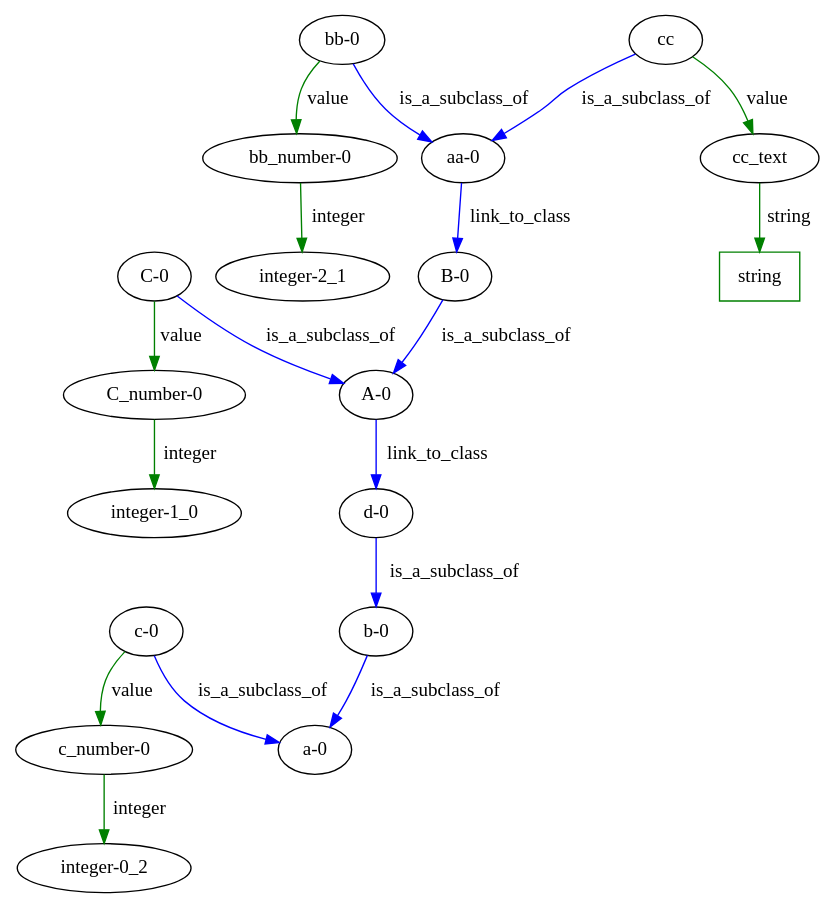
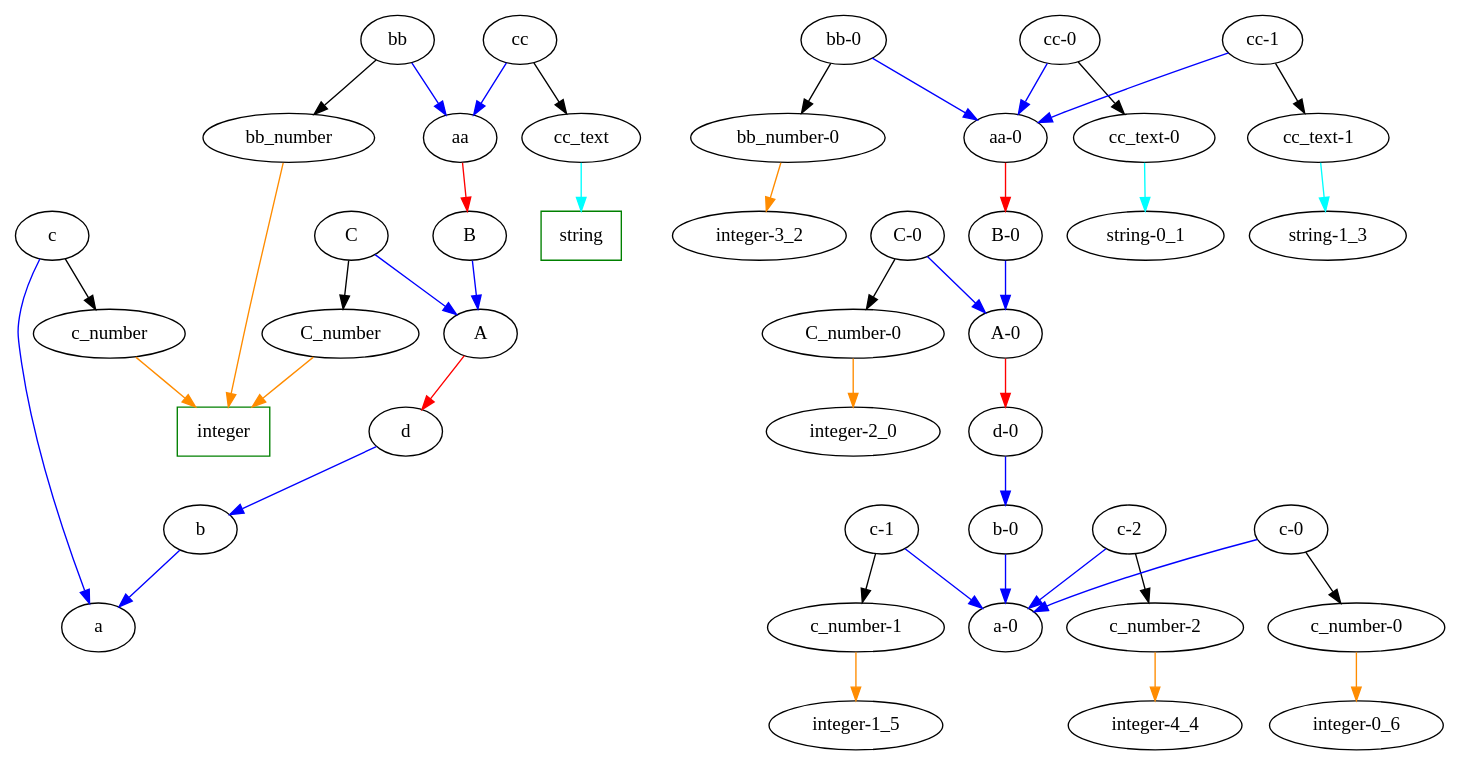
One commit to heinz-preisig/PeriConto changed the diagram in ontologyRepository/Digraph.gv. Above: the diagram before and after it, drawn with Graphviz. The commit also changed 3 other files, not shown here.

```diff
--- a/ontologyRepository/Digraph.gv
+++ b/ontologyRepository/Digraph.gv
@@ -1,53 +1,131 @@
 digraph {
+	d
+	b
+	d -> b [color=blue]
+	bb
+	aa
+	bb -> aa [color=blue]
+	"c-1"
+	"c_number-1"
+	"c-1" -> "c_number-1" [color=black]
+	c
+	c_number
+	c -> c_number [color=black]
+	string [color=green shape=rectangle]
+	string
+	cc_text -> string [color=cyan]
+	"c-2"
+	"c_number-2"
+	"c-2" -> "c_number-2" [color=black]
+	"c-1"
+	"a-0"
+	"c-1" -> "a-0" [color=blue]
+	"A-0"
+	"d-0"
+	"A-0" -> "d-0" [color=red]
+	"aa-0"
+	"B-0"
+	"aa-0" -> "B-0" [color=red]
+	"d-0"
+	"b-0"
+	"d-0" -> "b-0" [color=blue]
+	B
+	A
+	B -> A [color=blue]
+	"C-0"
+	"A-0"
+	"C-0" -> "A-0" [color=blue]
+	"bb-0"
+	"aa-0"
+	"bb-0" -> "aa-0" [color=blue]
+	"B-0"
+	"A-0"
+	"B-0" -> "A-0" [color=blue]
+	"C_number-0"
+	"integer-2_0"
+	"C_number-0" -> "integer-2_0" [color=darkorange]
+	"cc-0"
+	"aa-0"
+	"cc-0" -> "aa-0" [color=blue]
+	aa
+	B
+	aa -> B [color=red]
+	integer [color=green shape=rectangle]
+	integer
+	bb_number -> integer [color=darkorange]
+	"cc_text-0"
+	"string-0_1"
+	"cc_text-0" -> "string-0_1" [color=cyan]
+	"cc-1"
+	"aa-0"
+	"cc-1" -> "aa-0" [color=blue]
+	"bb_number-0"
+	"integer-3_2"
+	"bb_number-0" -> "integer-3_2" [color=darkorange]
+	bb
+	bb_number
+	bb -> bb_number [color=black]
+	"c-0"
+	"c_number-0"
+	"c-0" -> "c_number-0" [color=black]
+	cc
+	cc_text
+	cc -> cc_text [color=black]
+	"bb-0"
+	"bb_number-0"
+	"bb-0" -> "bb_number-0" [color=black]
+	"c-2"
+	"a-0"
+	"c-2" -> "a-0" [color=blue]
+	"cc-0"
+	"cc_text-0"
+	"cc-0" -> "cc_text-0" [color=black]
+	C
+	C_number
+	C -> C_number [color=black]
+	integer [color=green shape=rectangle]
+	integer
+	C_number -> integer [color=darkorange]
+	A
+	d
+	A -> d [color=red]
+	C
+	A
+	C -> A [color=blue]
+	"cc_text-1"
+	"string-1_3"
+	"cc_text-1" -> "string-1_3" [color=cyan]
+	"cc-1"
+	"cc_text-1"
+	"cc-1" -> "cc_text-1" [color=black]
+	"c_number-2"
+	"integer-4_4"
+	"c_number-2" -> "integer-4_4" [color=darkorange]
+	b
+	a
+	b -> a [color=blue]
+	"c_number-1"
+	"integer-1_5"
+	"c_number-1" -> "integer-1_5" [color=darkorange]
+	cc
+	aa
+	cc -> aa [color=blue]
+	"c_number-0"
+	"integer-0_6"
+	"c_number-0" -> "integer-0_6" [color=darkorange]
+	"C-0"
+	"C_number-0"
+	"C-0" -> "C_number-0" [color=black]
+	"b-0"
+	"a-0"
+	"b-0" -> "a-0" [color=blue]
+	integer [color=green shape=rectangle]
+	integer
+	c_number -> integer [color=darkorange]
 	"c-0"
 	"a-0"
-	"c-0" -> "a-0" [label=is_a_subclass_of color=blue]
-	"bb-0"
-	"aa-0"
-	"bb-0" -> "aa-0" [label=is_a_subclass_of color=blue]
-	"b-0"
-	"a-0"
-	"b-0" -> "a-0" [label=is_a_subclass_of color=blue]
-	cc
-	"aa-0"
-	cc -> "aa-0" [label=is_a_subclass_of color=blue]
-	string [color=green shape=rectangle]
-	string
-	cc_text -> string [label=string color=green]
-	"C-0"
-	"A-0"
-	"C-0" -> "A-0" [label=is_a_subclass_of color=blue]
-	"A-0"
-	"d-0"
-	"A-0" -> "d-0" [label=link_to_class color=blue]
-	"aa-0"
-	"B-0"
-	"aa-0" -> "B-0" [label=link_to_class color=blue]
-	"C_number-0"
-	"integer-1_0"
-	"C_number-0" -> "integer-1_0" [label=integer color=green]
-	"C-0"
-	"C_number-0"
-	"C-0" -> "C_number-0" [label=value color=green]
-	"B-0"
-	"A-0"
-	"B-0" -> "A-0" [label=is_a_subclass_of color=blue]
-	"c-0"
-	"c_number-0"
-	"c-0" -> "c_number-0" [label=value color=green]
-	"d-0"
-	"b-0"
-	"d-0" -> "b-0" [label=is_a_subclass_of color=blue]
-	"bb_number-0"
-	"integer-2_1"
-	"bb_number-0" -> "integer-2_1" [label=integer color=green]
-	"bb-0"
-	"bb_number-0"
-	"bb-0" -> "bb_number-0" [label=value color=green]
-	"c_number-0"
-	"integer-0_2"
-	"c_number-0" -> "integer-0_2" [label=integer color=green]
-	cc
-	cc_text
-	cc -> cc_text [label=value color=green]
+	"c-0" -> "a-0" [color=blue]
+	c
+	a
+	c -> a [color=blue]
 }
```
